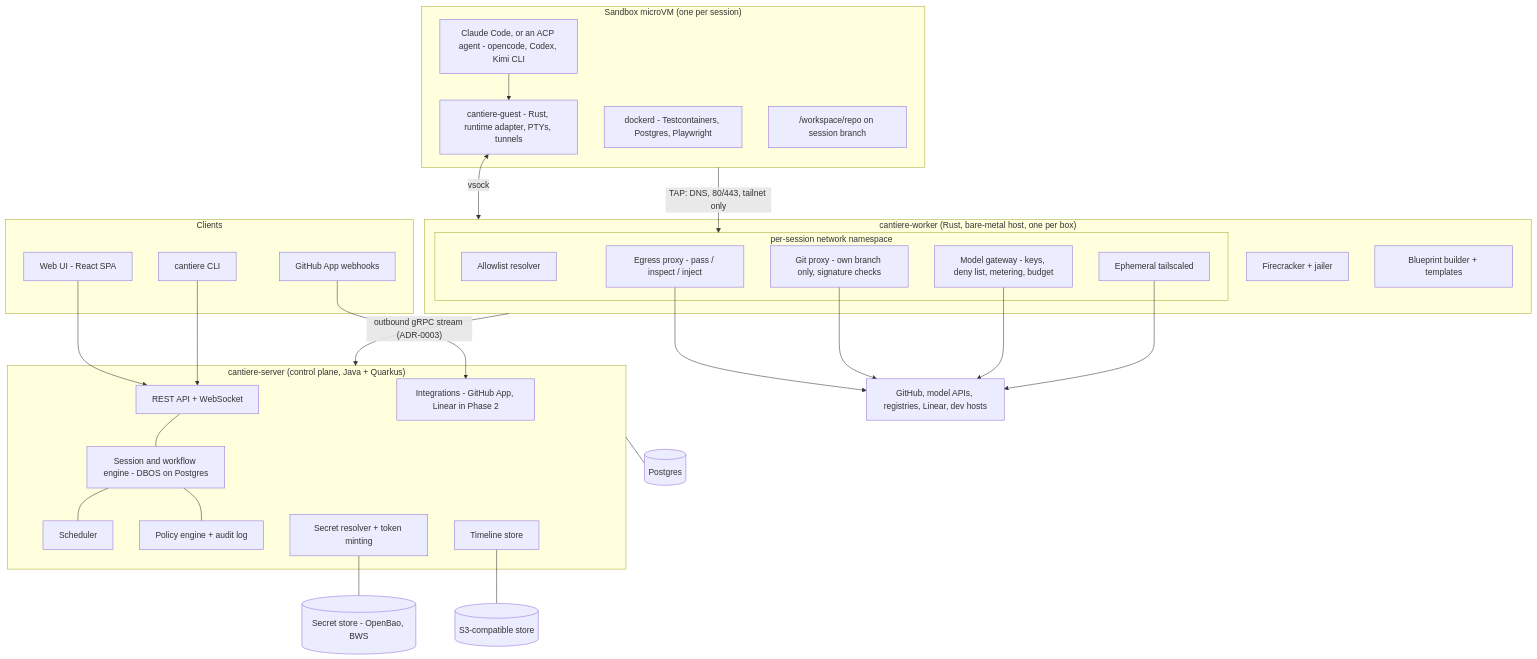
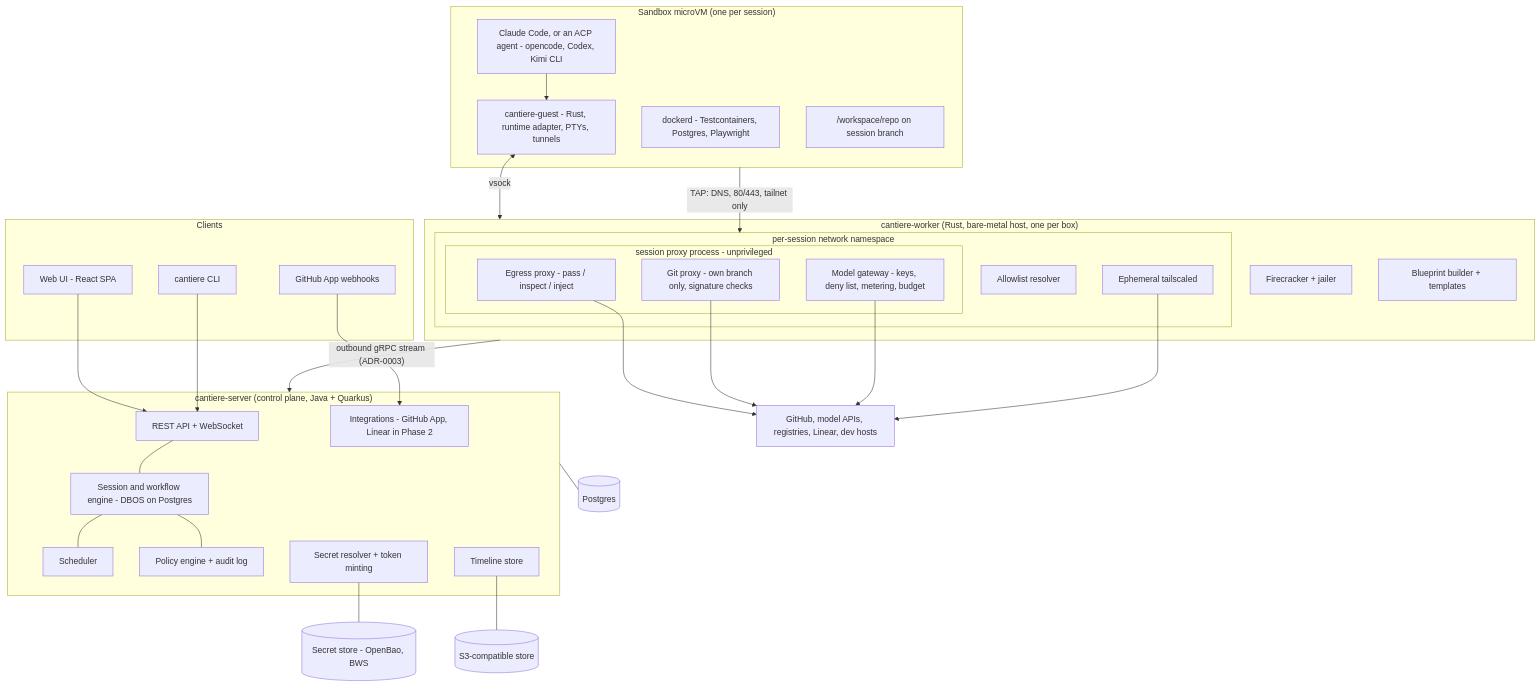
Before and after one commit to noahwhite/cantiere: the first of 2 diagrams in docs/architecture.md, drawn with Mermaid. The commit also changed other lines of this file and 5 other files, not shown here.

First line of the commit message:
docs(adr): run the model gateway in a per-session proxy process (#14)

````diff
--- a/docs/architecture.md
+++ b/docs/architecture.md
@@ -17,61 +17,63 @@
 ```mermaid
 flowchart TB
     subgraph clients[Clients]
         web[Web UI - React SPA]
         cli[cantiere CLI]
         gh_hooks[GitHub App webhooks]
     end
 
     subgraph cp["cantiere-server (control plane, Java + Quarkus)"]
         api[REST API + WebSocket]
         sess[Session and workflow engine - DBOS on Postgres]
         sched[Scheduler]
         pol[Policy engine + audit log]
         integ[Integrations - GitHub App, Linear in Phase 2]
         broker[Secret resolver + token minting]
         tl[Timeline store]
     end
 
     pg[(Postgres)]
     obj[(S3-compatible store)]
     secrets[(Secret store - OpenBao, BWS)]
 
     subgraph worker["cantiere-worker (Rust, bare-metal host, one per box)"]
         vmm[Firecracker + jailer]
         build[Blueprint builder + templates]
         subgraph netns["per-session network namespace"]
             dns[Allowlist resolver]
-            proxy[Egress proxy - pass / inspect / inject]
-            gitp[Git proxy - own branch only, signature checks]
-            gw[Model gateway - keys, deny list, metering, budget]
+            subgraph sp["session proxy process - unprivileged"]
+                proxy[Egress proxy - pass / inspect / inject]
+                gitp[Git proxy - own branch only, signature checks]
+                gw[Model gateway - keys, deny list, metering, budget]
+            end
             ts[Ephemeral tailscaled]
         end
     end
 
     subgraph vm["Sandbox microVM (one per session)"]
         guest[cantiere-guest - Rust, runtime adapter, PTYs, tunnels]
         agent[Claude Code, or an ACP agent - opencode, Codex, Kimi CLI]
         dockerd[dockerd - Testcontainers, Postgres, Playwright]
         repos["/workspace/repo on session branch"]
     end
 
     ext[GitHub, model APIs, registries, Linear, dev hosts]
 
     web --> api
     cli --> api
     gh_hooks --> integ
     api --- sess
     sess --- sched
     sess --- pol
     cp --- pg
     tl --- obj
     broker --- secrets
     worker -- "outbound gRPC stream (ADR-0003)" --> cp
     guest <-- vsock --> worker
     agent --> guest
     vm -- "TAP: DNS, 80/443, tailnet only" --> netns
     proxy --> ext
     gitp --> ext
     gw --> ext
     ts --> ext
 ```
````
